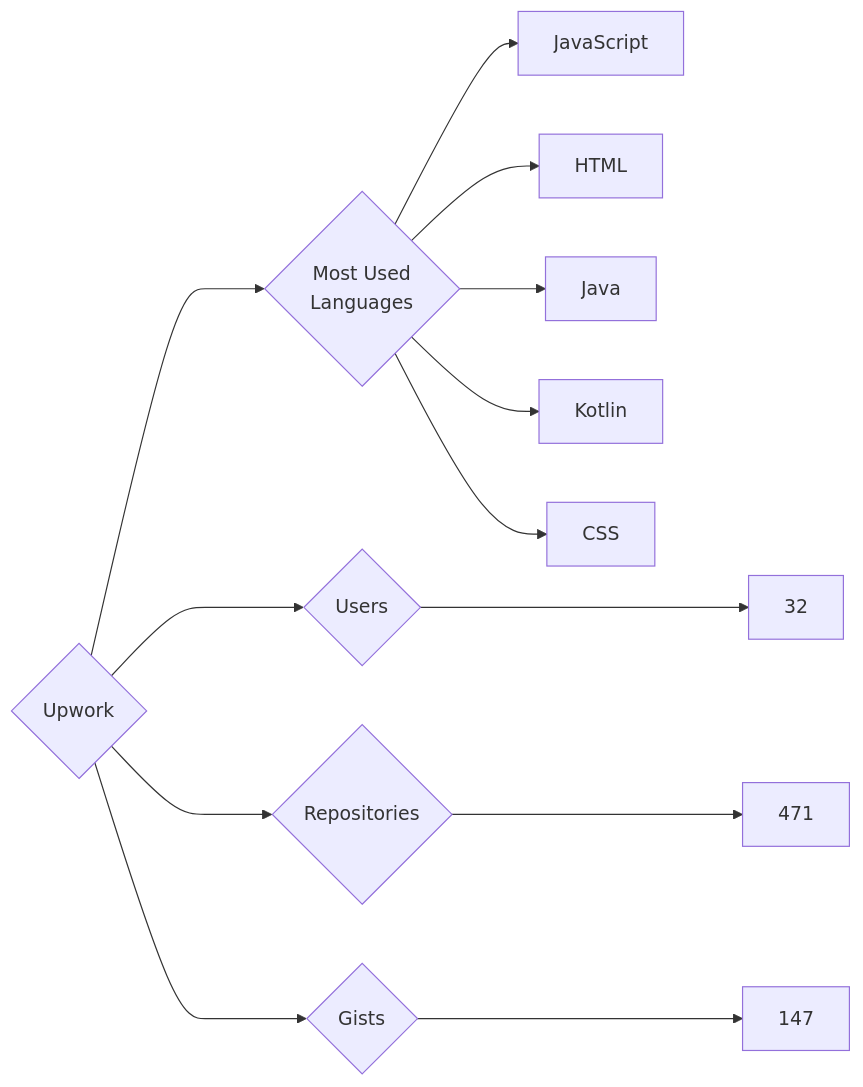
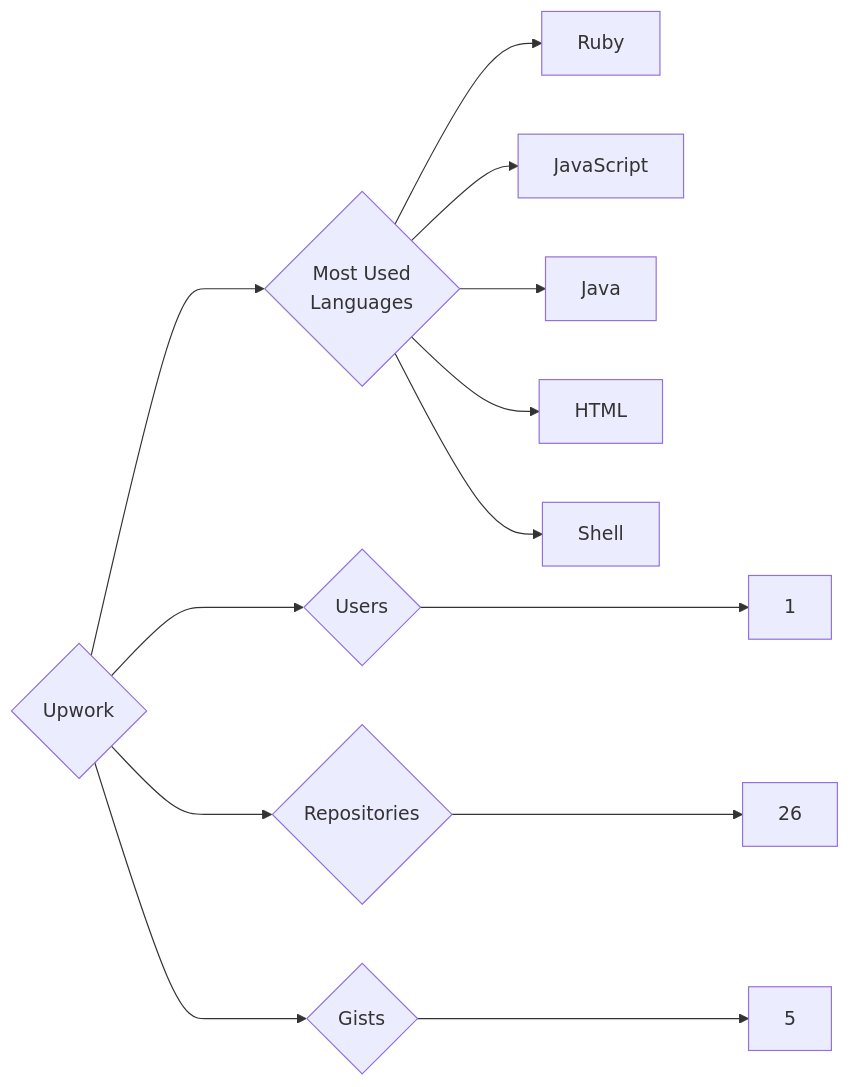
One commit to trickest/insiders changed the diagram in targets/Upwork/README.md. Above: the diagram before and after it, drawn with Mermaid. The commit also changed 799 other files, not shown here.

````diff
--- a/targets/Upwork/README.md
+++ b/targets/Upwork/README.md
@@ -3,13 +3,13 @@
 ```mermaid
 graph LR
 COMPANY_NAME{Upwork}
-COMPANY_NAME ---> U{Users} ---> UN[32]
-COMPANY_NAME ---> R{Repositories} ---> RN[471]
-COMPANY_NAME ---> G{Gists} ---> GN[147]
+COMPANY_NAME ---> U{Users} ---> UN[1]
+COMPANY_NAME ---> R{Repositories} ---> RN[26]
+COMPANY_NAME ---> G{Gists} ---> GN[5]
 COMPANY_NAME ---> ML{Most Used<br>Languages}
+ML --> Ruby[Ruby]
 ML --> JavaScript[JavaScript]
+ML --> Java[Java]
 ML --> HTML[HTML]
-ML --> Java[Java]
-ML --> Kotlin[Kotlin]
-ML --> CSS[CSS]
+ML --> Shell[Shell]
 ```
````
